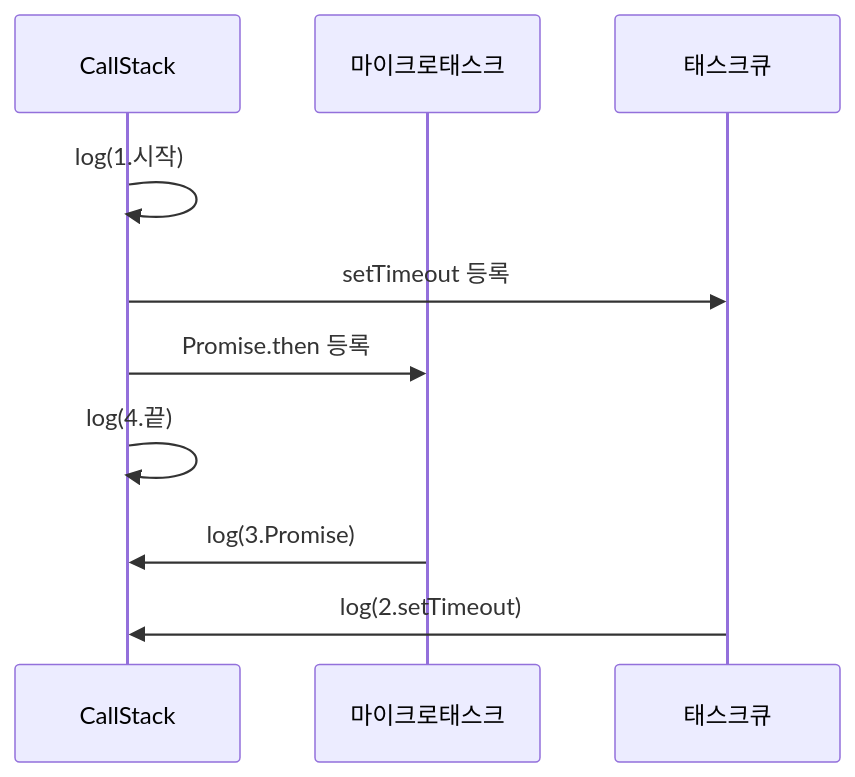
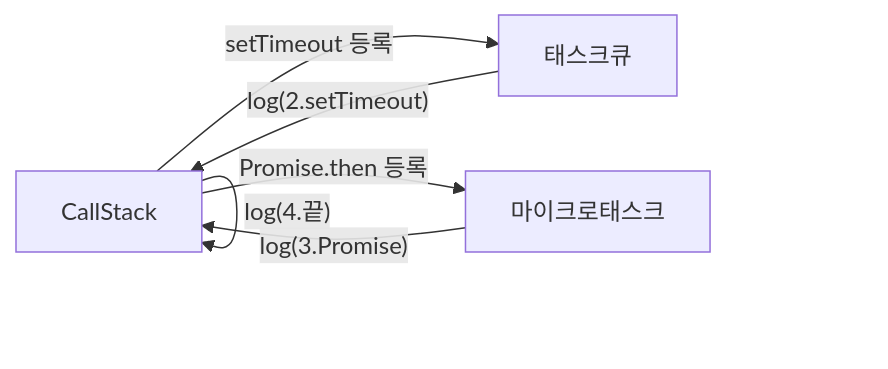
Before and after one commit to yjkim2015/yjkim2015.github.io: the sixth of 13 diagrams in _posts/frontend/2026-05-02-js-event-loop.md, drawn with Mermaid. The commit also changed 50 other files, not shown here.

First line of the commit message:
stateDiagram 11개 graph LR 변환 + 테이블 빈 셀 17개 수정

````diff
--- a/_posts/frontend/2026-05-02-js-event-loop.md
+++ b/_posts/frontend/2026-05-02-js-event-loop.md
@@ -166,12 +166,9 @@
 ```mermaid
-sequenceDiagram
-    participant CS as CallStack
-    participant MQ as 마이크로태스크
-    participant TQ as 태스크큐
-    CS->>CS: log(1.시작)
-    CS->>TQ: setTimeout 등록
-    CS->>MQ: Promise.then 등록
-    CS->>CS: log(4.끝)
-    MQ->>CS: log(3.Promise)
-    TQ->>CS: log(2.setTimeout)
+graph LR
+    CS["CallStack"] -->|"log(1.시작)"| CS
+    CS -->|"setTimeout 등록"| TQ["태스크큐"]
+    CS -->|"Promise.then 등록"| MQ["마이크로태스크"]
+    CS -->|"log(4.끝)"| CS
+    MQ -->|"log(3.Promise)"| CS
+    TQ -->|"log(2.setTimeout)"| CS
 ```
````
